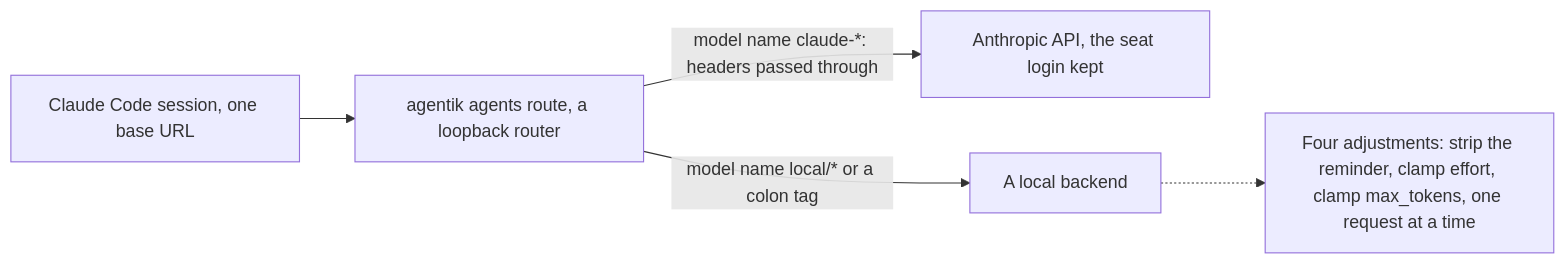
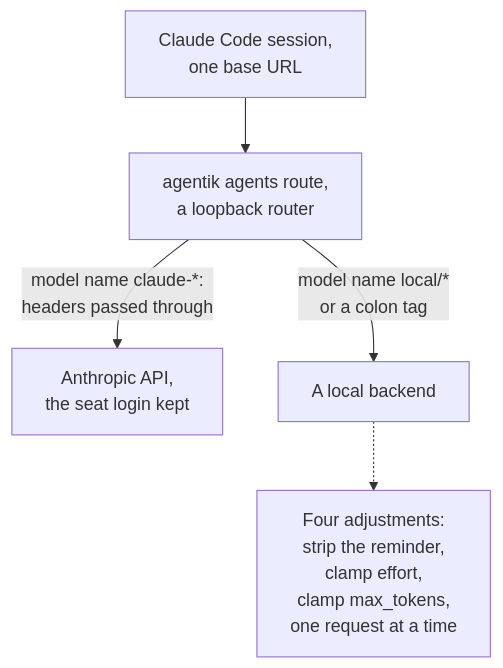
One commit to agentik-dev/agentik-research changed the diagram in docs/tools/agents.md. Above: the diagram before and after it, drawn with Mermaid. The commit also changed other lines of this file and 22 other files, not shown here.

````diff
--- a/docs/tools/agents.md
+++ b/docs/tools/agents.md
@@ -63,7 +63,7 @@
 ```mermaid
-flowchart LR
-  S["Claude Code session, one base URL"] --> R["agentik agents route, a loopback router"]
-  R -->|"model name claude-*: headers passed through"| A["Anthropic API, the seat login kept"]
-  R -->|"model name local/* or a colon tag"| L["A local backend"]
-  L -.-> N["Four adjustments: strip the reminder, clamp effort, clamp max_tokens, one request at a time"]
+flowchart TD
+  S["Claude Code session,<br>one base URL"] --> R["agentik agents route,<br>a loopback router"]
+  R -->|"model name claude-*:<br>headers passed through"| A["Anthropic API,<br>the seat login kept"]
+  R -->|"model name local/*<br>or a colon tag"| L["A local backend"]
+  L -.-> N["Four adjustments:<br>strip the reminder,<br>clamp effort,<br>clamp max_tokens,<br>one request at a time"]
 ```
````
